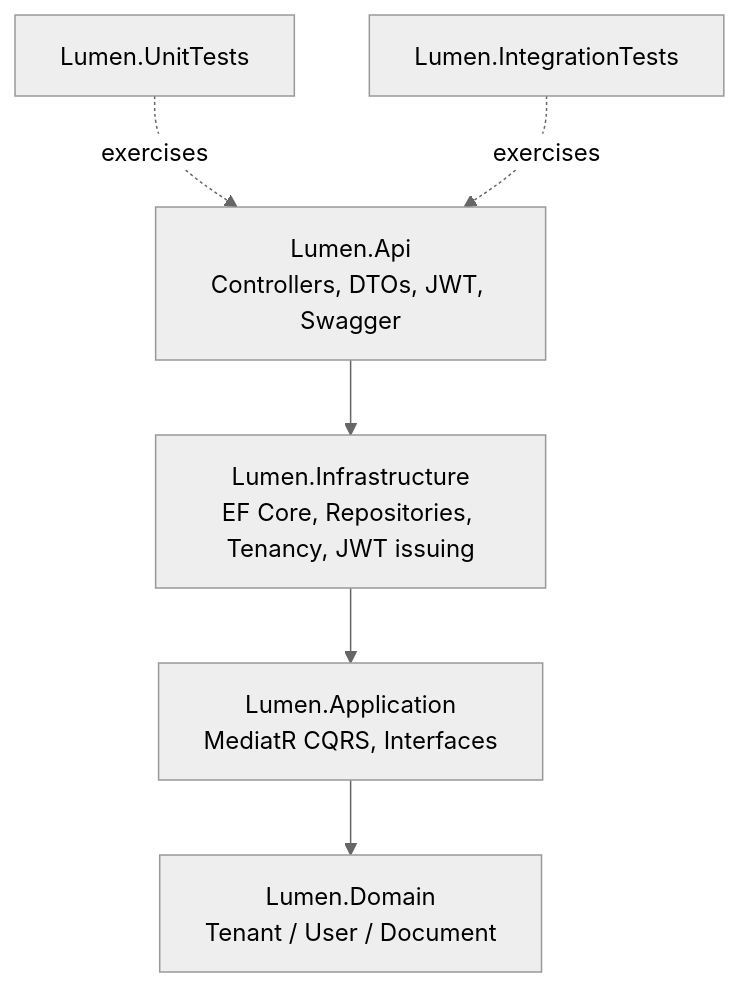
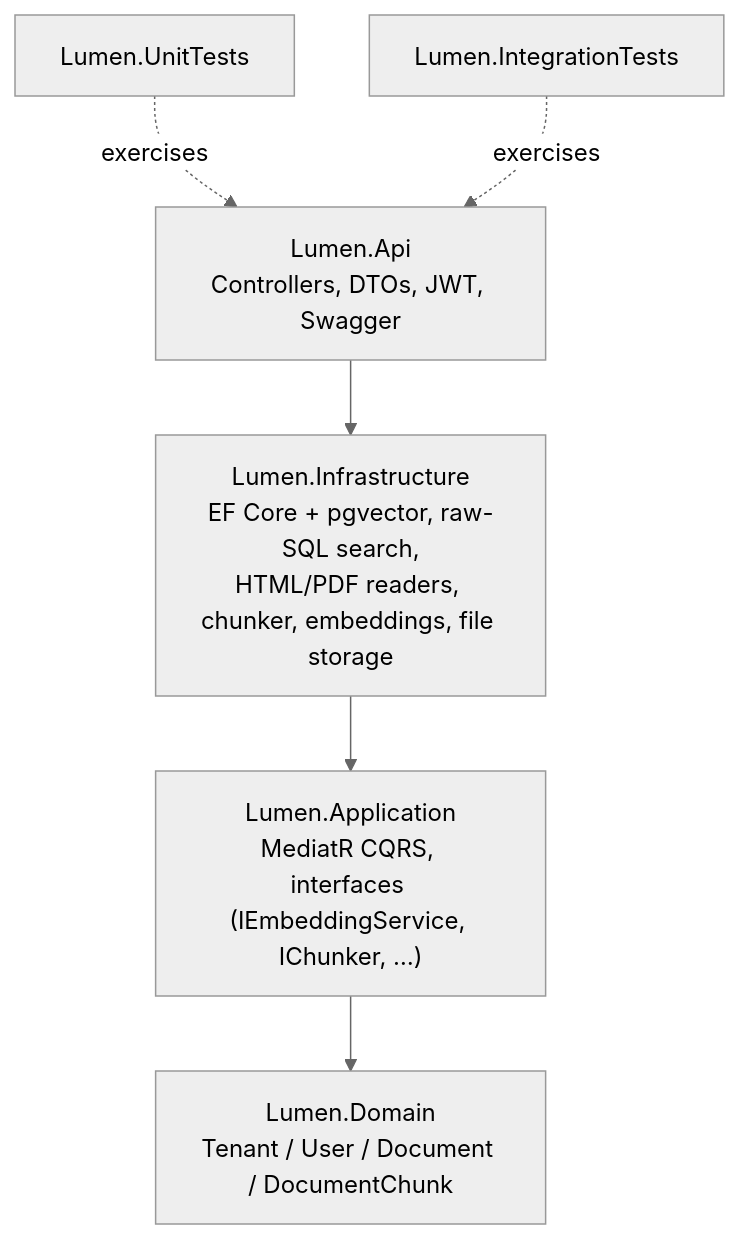
Before and after one commit to DanielyanArtyom/dotnet-mcp-rag-server: the first of 4 diagrams in README.md, drawn with Mermaid (neutral theme). The commit also changed other lines of this file and 88 other files, not shown here.

````diff
--- a/README.md
+++ b/README.md
@@ -19,9 +20,9 @@
 ```mermaid
 graph TD
-    Api["Lumen.Api<br/>Controllers, DTOs, JWT, Swagger"] --> Infra["Lumen.Infrastructure<br/>EF Core, Repositories, Tenancy, JWT issuing"]
-    Infra --> App["Lumen.Application<br/>MediatR CQRS, Interfaces"]
-    App --> Domain["Lumen.Domain<br/>Tenant / User / Document"]
+    Api["Lumen.Api<br/>Controllers, DTOs, JWT, Swagger"] --> Infra["Lumen.Infrastructure<br/>EF Core + pgvector, raw-SQL search,<br/>HTML/PDF readers, chunker, embeddings, file storage"]
+    Infra --> App["Lumen.Application<br/>MediatR CQRS, interfaces (IEmbeddingService, IChunker, …)"]
+    App --> Domain["Lumen.Domain<br/>Tenant / User / Document / DocumentChunk"]
 
     UnitTests["Lumen.UnitTests"] -.exercises.-> Api
     IntegrationTests["Lumen.IntegrationTests"] -.exercises.-> Api
 ```
````
